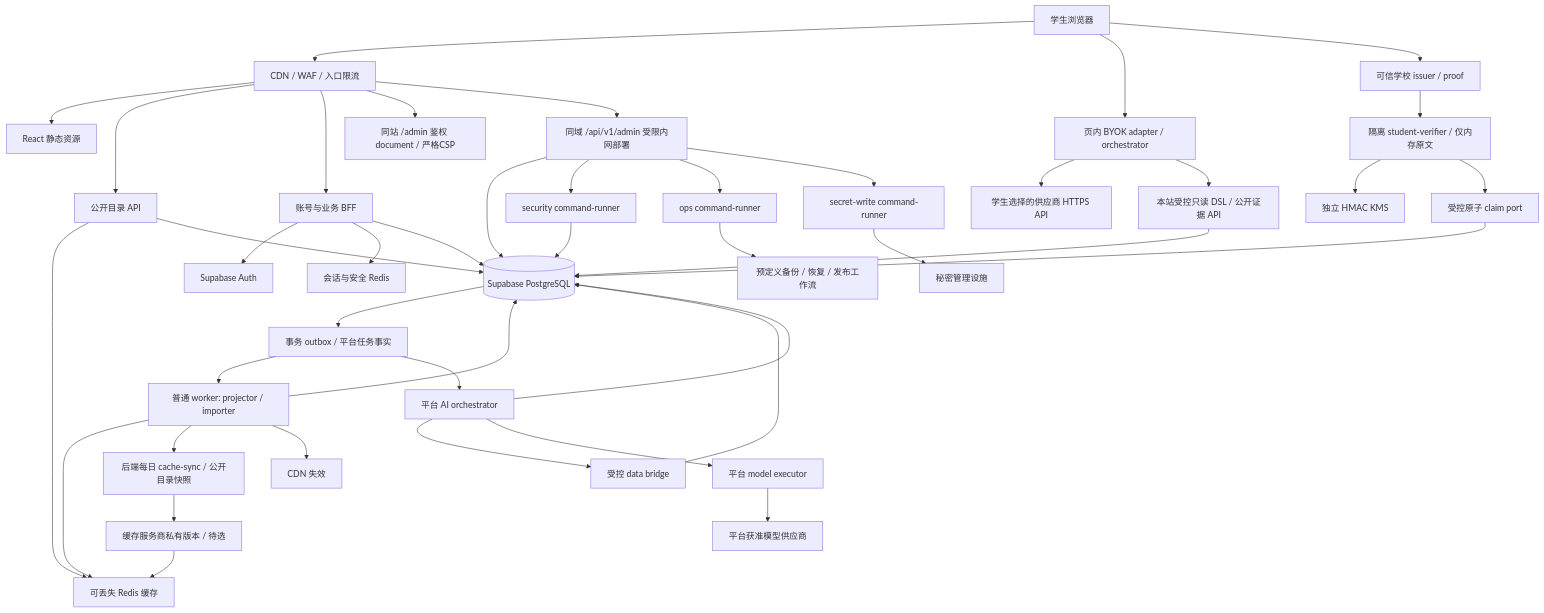
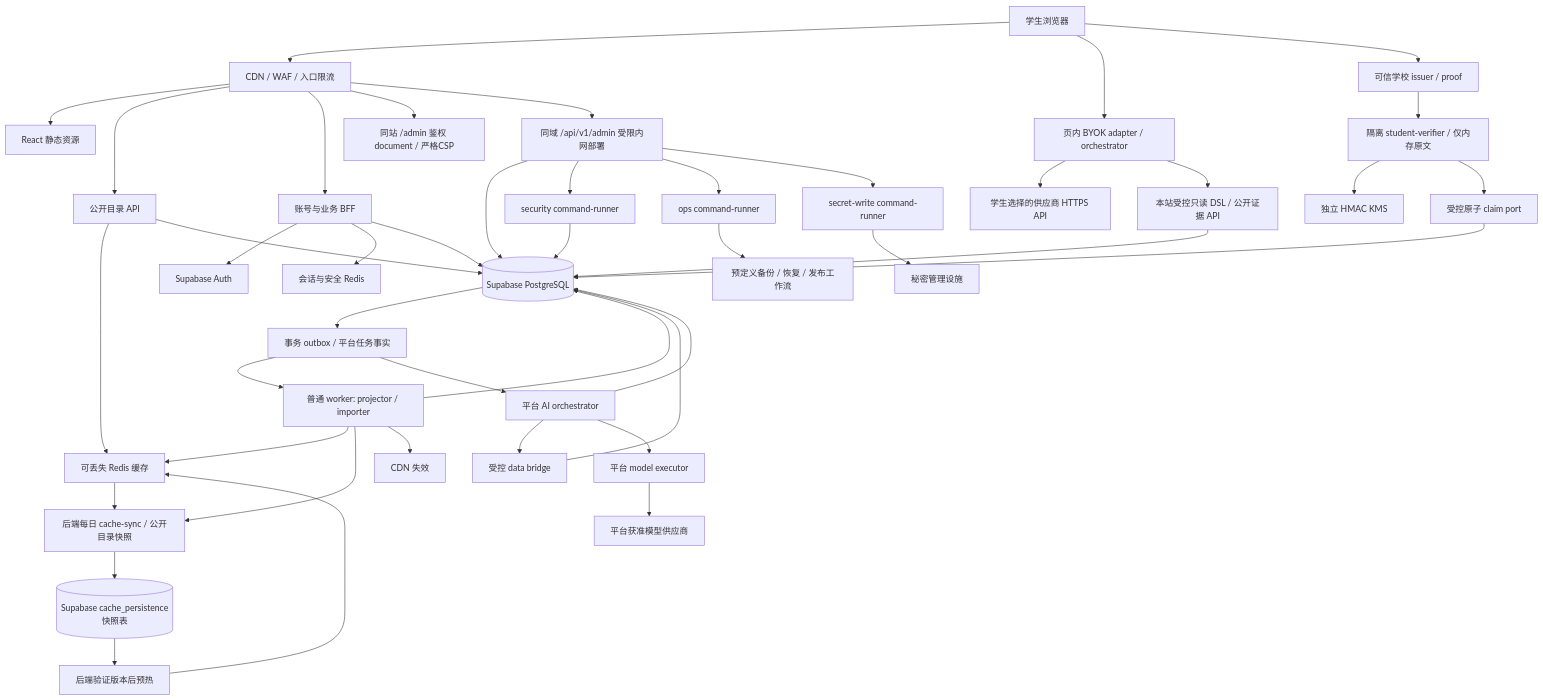
Before and after one commit to terribde/So_Clear: the diagram in docs/02-system-architecture.md, drawn with Mermaid. The commit also changed other lines of this file and 12 other files, not shown here.

Commit message:
docs: specify daily backend cache writes to Supabase

````diff
--- a/docs/02-system-architecture.md
+++ b/docs/02-system-architecture.md
@@ -9,44 +9,46 @@
 ```mermaid
 flowchart TB
     U[学生浏览器] --> EDGE[CDN / WAF / 入口限流]
     EDGE --> STATIC[React 静态资源]
     EDGE --> PUB[公开目录 API]
     EDGE --> BFF[账号与业务 BFF]
     U --> BAI[页内 BYOK adapter / orchestrator]
     BAI --> OWN[学生选择的供应商 HTTPS API]
     BAI --> TOOLS[本站受控只读 DSL / 公开证据 API]
     TOOLS --> DB[(Supabase PostgreSQL)]
     PUB --> CACHE[可丢失 Redis 缓存]
     PUB --> DB
     BFF --> AUTH[Supabase Auth]
     BFF --> SEC[会话与安全 Redis]
     BFF --> DB
     U --> ISSUER[可信学校 issuer / proof]
     ISSUER --> VERIFIER[隔离 student-verifier / 仅内存原文]
     VERIFIER --> KMS[独立 HMAC KMS]
     VERIFIER --> CLAIM[受控原子 claim port]
     CLAIM --> DB
     EDGE --> ADMINPAGE[同站 /admin 鉴权 document / 严格CSP]
     EDGE --> ADMIN[同域 /api/v1/admin 受限内网部署]
     ADMIN --> DB
     ADMIN --> SECMD[security command-runner]
     ADMIN --> OPSCMD[ops command-runner]
     ADMIN --> SWRITE[secret-write command-runner]
     SECMD --> DB
     OPSCMD --> OPAPI[预定义备份 / 恢复 / 发布工作流]
     SWRITE --> VAULT[秘密管理设施]
     DB --> OUT[事务 outbox / 平台任务事实]
     OUT --> WORKER[普通 worker: projector / importer]
     WORKER --> CACHE
     WORKER --> CSYNC[后端每日 cache-sync / 公开目录快照]
-    CSYNC --> CPROVIDER[缓存服务商私有版本 / 待选]
-    CPROVIDER --> CACHE
+    CACHE --> CSYNC
+    CSYNC --> SNAP[(Supabase cache_persistence快照表)]
+    SNAP --> LOAD[后端验证版本后预热]
+    LOAD --> CACHE
     WORKER --> PURGE[CDN 失效]
     WORKER --> DB
     OUT --> AIO[平台 AI orchestrator]
     AIO --> BRIDGE[受控 data bridge]
     BRIDGE --> DB
     AIO --> EXEC[平台 model executor]
     EXEC --> PM[平台获准模型供应商]
     AIO --> DB
 ```
````
